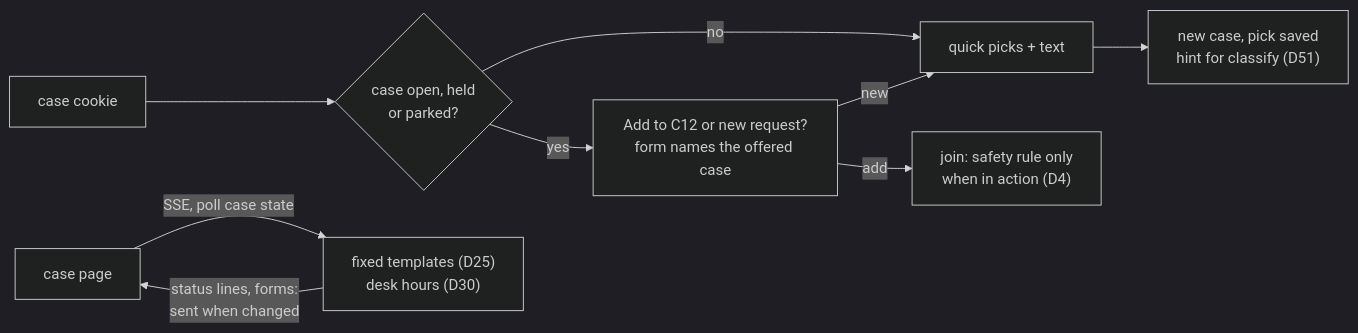
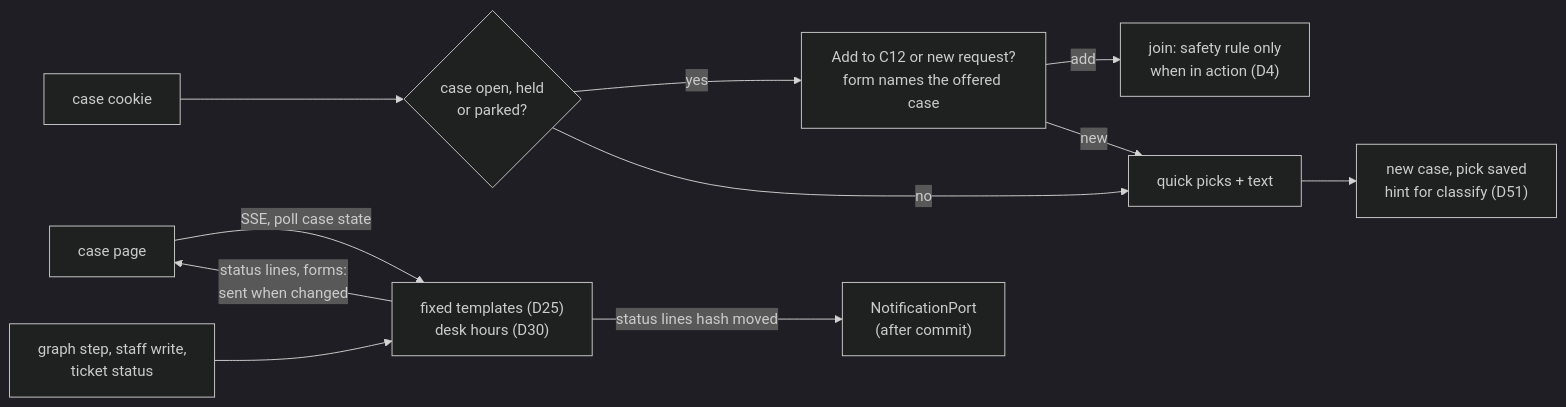
The seventh of 7 diagrams in docs/architecture.md (nish1013/camp-guest-ai-agent), drawn with Mermaid (dark theme) before and after one commit. The commit also changed other lines of this file and 1 other file, not shown here.

Commit message:
docs: D20 records the NotificationPort called on status change

````diff
--- a/docs/architecture.md
+++ b/docs/architecture.md
@@ -159,10 +162,12 @@
 ```mermaid
 flowchart LR
   Cookie["case cookie"] --> Offer{"case open, held<br/>or parked?"}
   Offer -- yes --> Prompt["Add to C12 or new request?<br/>form names the offered case"]
   Offer -- no --> Picks["quick picks + text"]
   Prompt -- add --> Join["join: safety rule only<br/>when in action (D4)"]
   Prompt -- new --> Picks --> New["new case, pick saved<br/>hint for classify (D51)"]
   Page["case page"] -- "SSE, poll case state" --> Render["fixed templates (D25)<br/>desk hours (D30)"]
   Render -- "status lines, forms:<br/>sent when changed" --> Page
+  Commit["graph step, staff write,<br/>ticket status"] --> Render
+  Render -- "status lines hash moved" --> Notify["NotificationPort<br/>(after commit)"]
 ```
````
